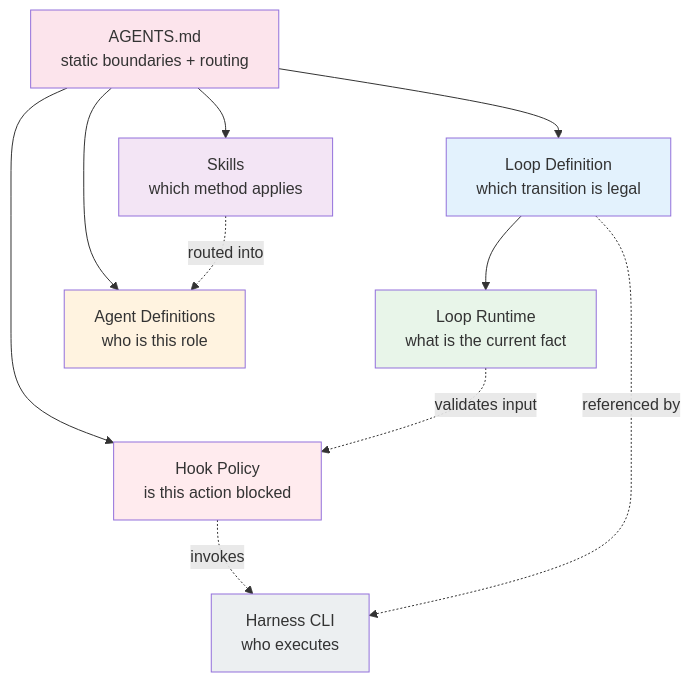
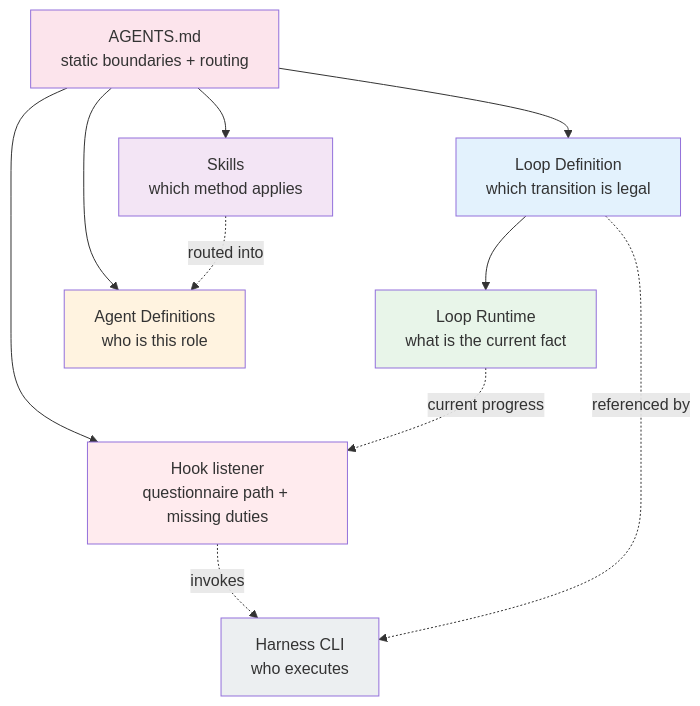
Before and after one commit to Sebs-Lee/go-system-builder: the third of 7 diagrams in docs/guides/engineering-loop.md, drawn with Mermaid. The commit also changed other lines of this file and 969 other files, not shown here.

````diff
--- a/docs/guides/engineering-loop.md
+++ b/docs/guides/engineering-loop.md
@@ -174,25 +174,25 @@
 ```mermaid
 graph TB
     Protocol["AGENTS.md<br/>static boundaries + routing"]:::static
     Definition["Loop Definition<br/>which transition is legal"]:::definition
     Runtime["Loop Runtime<br/>what is the current fact"]:::runtime
     Skills["Skills<br/>which method applies"]:::skill
     Agents["Agent Definitions<br/>who is this role"]:::agent
-    Policy["Hook Policy<br/>is this action blocked"]:::hook
+    Policy["Hook listener<br/>questionnaire path + missing duties"]:::hook
     Harness["Harness CLI<br/>who executes"]:::harness
     Protocol --> Definition --> Runtime
     Protocol --> Skills
     Protocol --> Agents
     Protocol --> Policy
-    Runtime -.->|validates input| Policy
+    Runtime -.->|current progress| Policy
     Policy -.->|invokes| Harness
     Skills -.->|routed into| Agents
     Definition -.->|referenced by| Harness
     classDef static fill:#fce4ec
     classDef definition fill:#e3f2fd
     classDef runtime fill:#e8f5e9
     classDef skill fill:#f3e5f5
     classDef agent fill:#fff3e0
     classDef hook fill:#ffebee
     classDef harness fill:#eceff1
 ```
````
